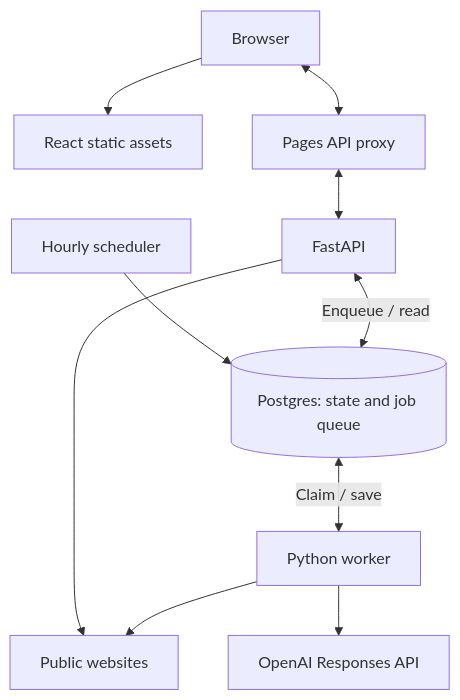
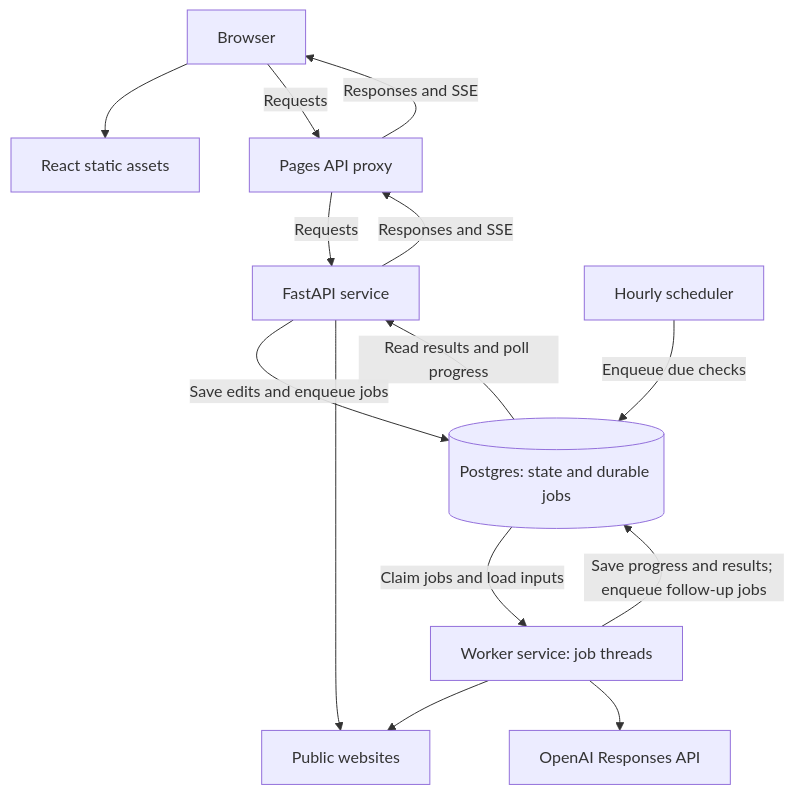
Before and after one commit to rmichnovicz/llms-txt-randy-michnovicz: the first of 2 diagrams in ARCHITECTURE.md, drawn with Mermaid. The commit also changed other lines of this file and 16 other files, not shown here.

````diff
--- a/ARCHITECTURE.md
+++ b/ARCHITECTURE.md
@@ -10,12 +12,16 @@
 ```mermaid
 flowchart TD
   Browser[Browser] --> Assets[React static assets]
-  Browser <--> Proxy[Pages API proxy]
-  Proxy <--> API[FastAPI]
-  API <-->|Enqueue / read| DB[(Postgres: state and job queue)]
-  Scheduler[Hourly scheduler] --> DB
-  DB <-->|Claim / save| Worker[Python worker]
+  Browser -->|Requests| Proxy[Pages API proxy]
+  Proxy -->|Requests| API[FastAPI service]
+  API -->|Responses and SSE| Proxy
+  Proxy -->|Responses and SSE| Browser
+  API -->|Save edits and enqueue jobs| DB[(Postgres: state and durable jobs)]
+  DB -->|Read results and poll progress| API
+  Scheduler[Hourly scheduler] -->|Enqueue due checks| DB
+  DB -->|Claim jobs and load inputs| Worker[Worker service: job threads]
+  Worker -->|Save progress and results; enqueue follow-up jobs| DB
   Worker --> Websites[Public websites]
   Worker --> Model[OpenAI Responses API]
   API --> Websites
 ```
````
